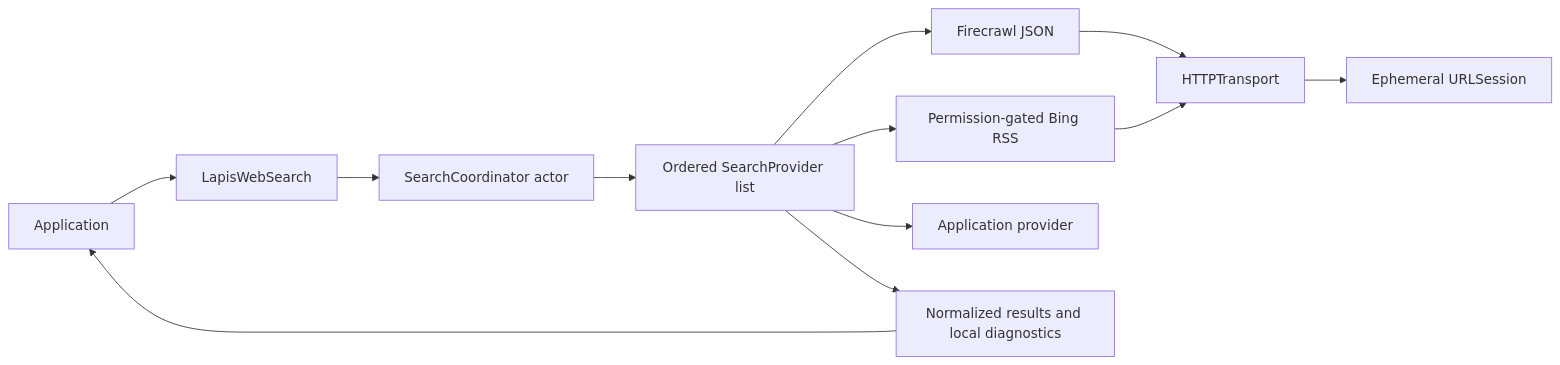
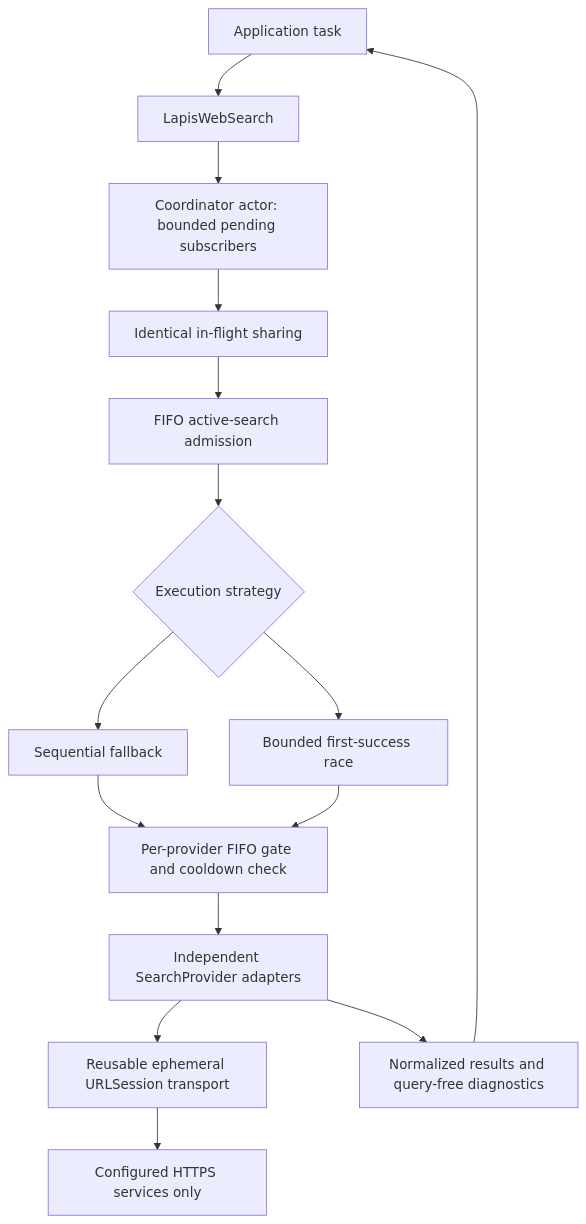
One commit to alvarogarciapiz/LapisWebSearch changed the diagram in docs/ARCHITECTURE.md. Above: the diagram before and after it, drawn with Mermaid. The commit also changed other lines of this file and 50 other files, not shown here.

Commit message:
Improve native search concurrency, add Parallel research provider and reproducible benchmarks

````diff
--- a/docs/ARCHITECTURE.md
+++ b/docs/ARCHITECTURE.md
@@ -5,14 +5,17 @@
 ```mermaid
-flowchart LR
-    A[Application] --> B[LapisWebSearch]
-    B --> C[SearchCoordinator actor]
-    C --> D[Ordered SearchProvider list]
-    D --> E[Firecrawl JSON]
-    D --> F[Permission-gated Bing RSS]
-    D --> G[Application provider]
-    E --> H[HTTPTransport]
-    F --> H
-    H --> I[Ephemeral URLSession]
-    D --> J[Normalized results and local diagnostics]
-    J --> A
+flowchart TD
+    A[Application task] --> B[LapisWebSearch]
+    B --> C[Coordinator actor: bounded pending subscribers]
+    C --> D[Identical in-flight sharing]
+    D --> E[FIFO active-search admission]
+    E --> F{Execution strategy}
+    F --> G[Sequential fallback]
+    F --> H[Bounded first-success race]
+    G --> I[Per-provider FIFO gate and cooldown check]
+    H --> I
+    I --> J[Independent SearchProvider adapters]
+    J --> K[Reusable ephemeral URLSession transport]
+    K --> L[Configured HTTPS services only]
+    J --> M[Normalized results and query-free diagnostics]
+    M --> A
 ```
````
